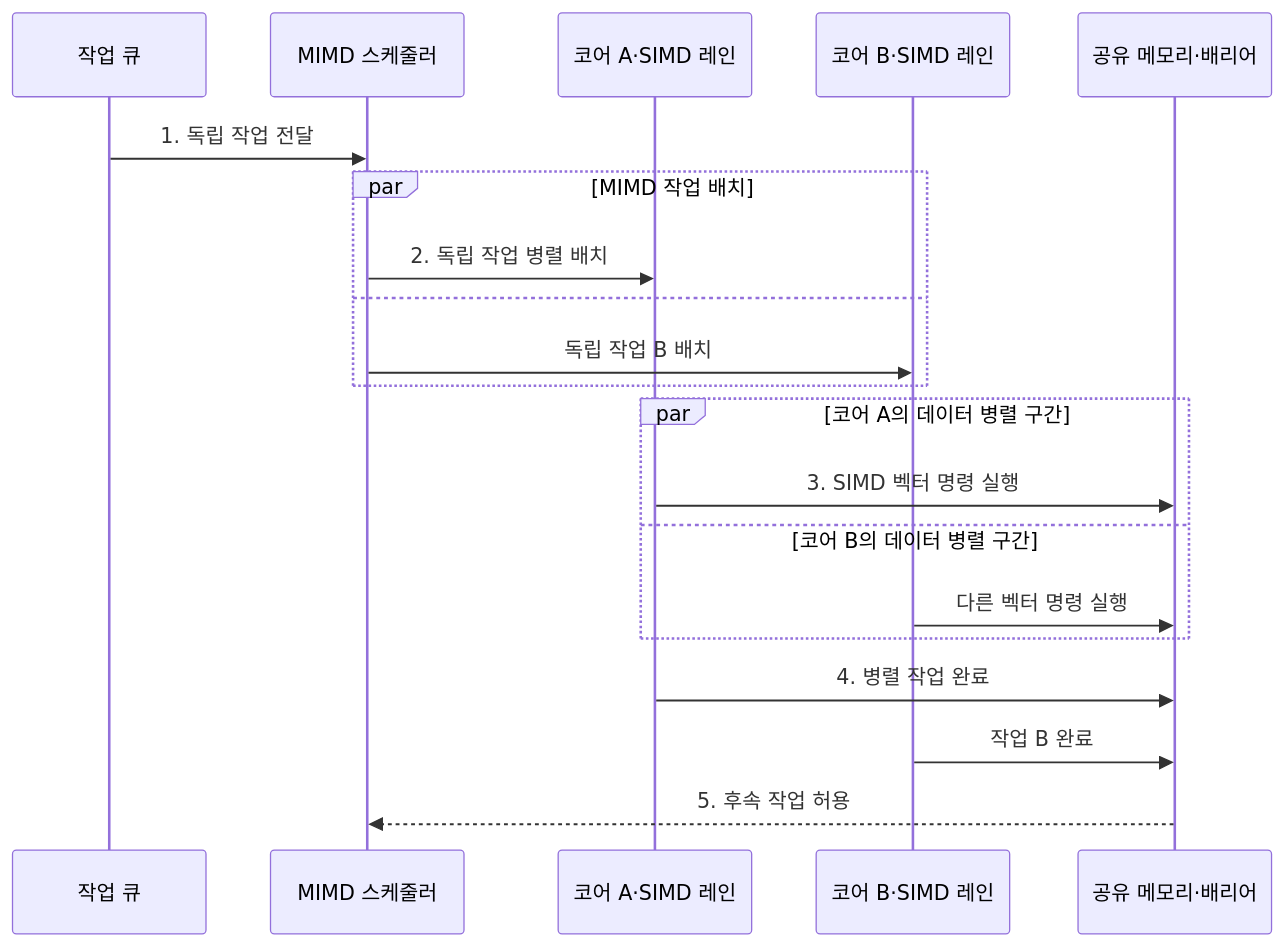
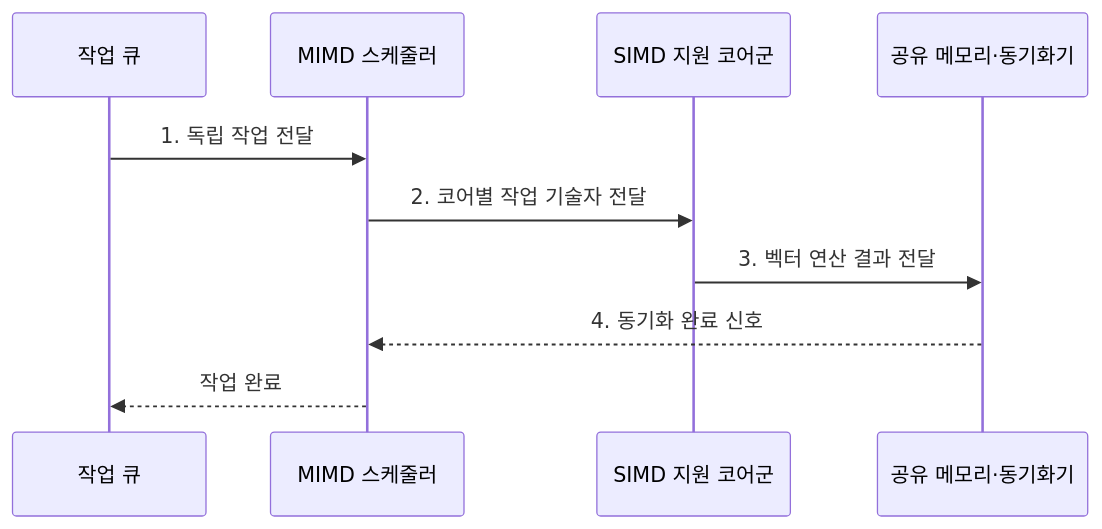
The second of 2 diagrams in src/content/docs/notes/02-hardware/053_simd_mimd.md (agnusdei1207/knowledge-base), drawn with Mermaid before and after one commit. The commit also changed other lines of this file and 20 other files, not shown here.

````diff
--- a/src/content/docs/notes/02-hardware/053_simd_mimd.md
+++ b/src/content/docs/notes/02-hardware/053_simd_mimd.md
@@ -81,23 +85,13 @@
 ```mermaid
 sequenceDiagram
     participant Q as 작업 큐
     participant S as MIMD 스케줄러
-    participant A as 코어 A·SIMD 레인
-    participant C as 코어 B·SIMD 레인
-    participant B as 공유 메모리·배리어
+    participant L as SIMD 지원 코어군
+    participant B as 공유 메모리·동기화기
 
     Q->>S: 1. 독립 작업 전달
-    par MIMD 작업 배치
-        S->>A: 2. 독립 작업 병렬 배치
-    and
-        S->>C: 독립 작업 B 배치
-    end
-    par 코어 A의 데이터 병렬 구간
-        A->>B: 3. SIMD 벡터 명령 실행
-    and 코어 B의 데이터 병렬 구간
-        C->>B: 다른 벡터 명령 실행
-    end
-    A->>B: 4. 병렬 작업 완료
-    C->>B: 작업 B 완료
-    B-->>S: 5. 후속 작업 허용
+    S->>L: 2. 코어별 작업 기술자 전달
+    L->>B: 3. 벡터 연산 결과 전달
+    B-->>S: 4. 동기화 완료 신호
+    S-->>Q: 작업 완료
 ```
````
